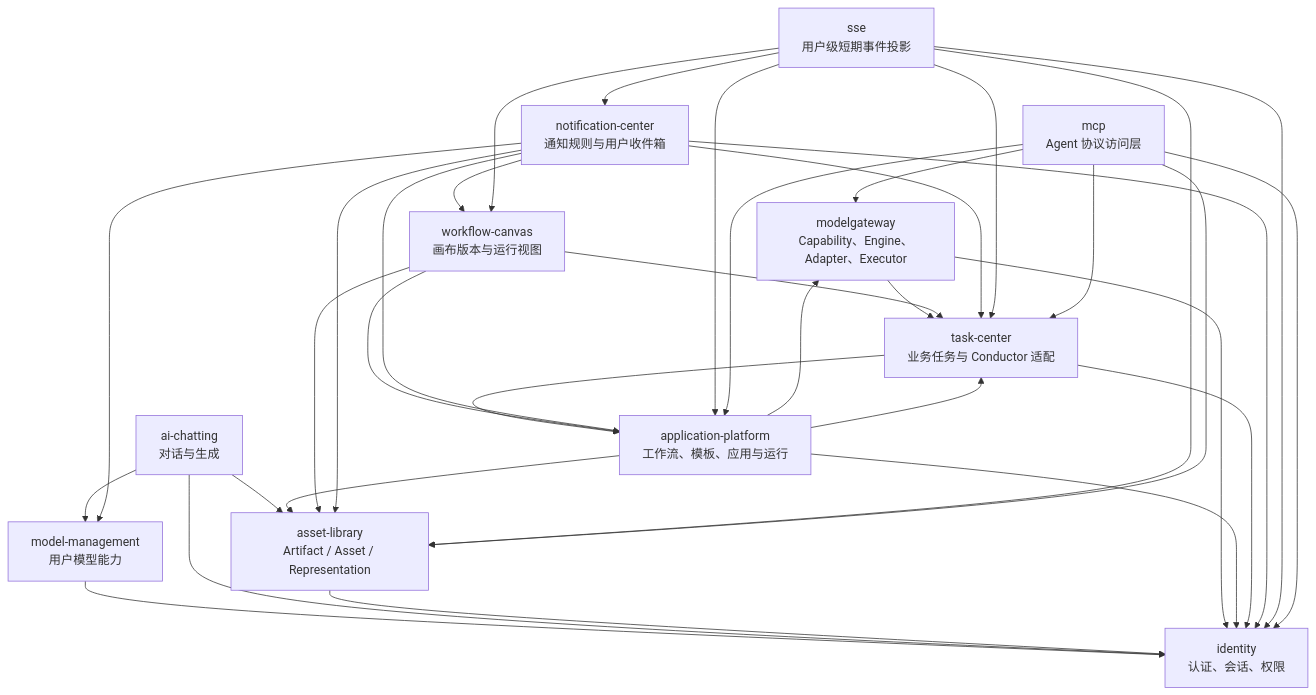
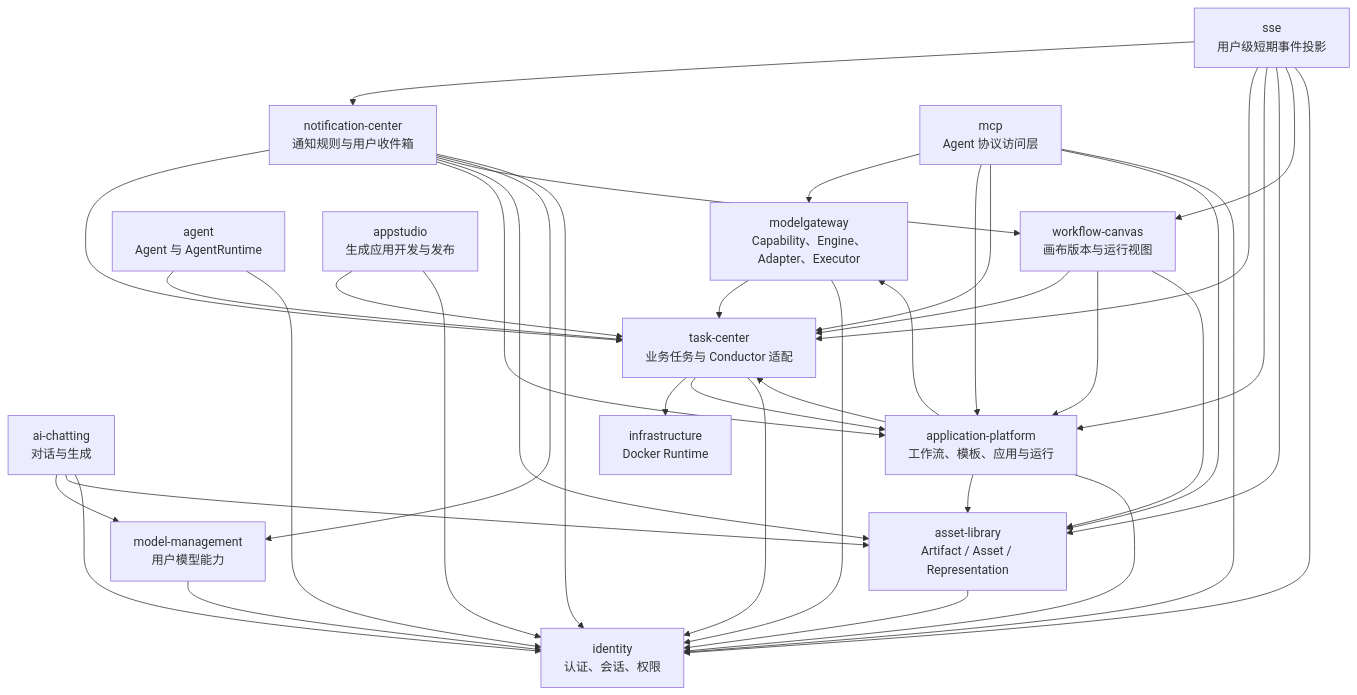
The first of 5 diagrams in 02_architecture/global-architecture.md (wangweihong/omnimam-spec), drawn with Mermaid before and after one commit. The commit also changed other lines of this file and 36 other files, not shown here.

Commit message:
spec: add agent appstudio infrastructure contracts

````diff
--- a/02_architecture/global-architecture.md
+++ b/02_architecture/global-architecture.md
@@ -29,49 +32,57 @@
 ```mermaid
 graph TD
   Identity["identity<br/>认证、会话、权限"]
   Model["model-management<br/>用户模型能力"]
   Chat["ai-chatting<br/>对话与生成"]
   Asset["asset-library<br/>Artifact / Asset / Representation"]
   Gateway["modelgateway<br/>Capability、Engine、Adapter、Executor"]
   App["application-platform<br/>工作流、模板、应用与运行"]
   Task["task-center<br/>业务任务与 Conductor 适配"]
+  Agent["agent<br/>Agent 与 AgentRuntime"]
+  Studio["appstudio<br/>生成应用开发与发布"]
+  Infra["infrastructure<br/>Docker Runtime"]
   Canvas["workflow-canvas<br/>画布版本与运行视图"]
   Notify["notification-center<br/>通知规则与用户收件箱"]
   SSE["sse<br/>用户级短期事件投影"]
   MCP["mcp<br/>Agent 协议访问层"]
 
   Chat --> Model
   Chat --> Asset
   App --> Gateway
   App --> Task
+  Agent --> Task
+  Studio --> Task
+  Task --> Infra
   App --> Asset
   Gateway --> Task
   Task --> App
   Canvas --> Task
   Canvas --> App
   Canvas --> Asset
   Notify --> Task
   Notify --> App
   Notify --> Asset
   Notify --> Canvas
   Notify --> Model
   SSE --> Notify
   SSE --> Task
   SSE --> App
   SSE --> Asset
   SSE --> Canvas
   MCP --> Gateway
   MCP --> App
   MCP --> Task
   MCP --> Asset
 
   Model --> Identity
   Chat --> Identity
   Asset --> Identity
   Gateway --> Identity
   App --> Identity
   Task --> Identity
   Notify --> Identity
   SSE --> Identity
   MCP --> Identity
+  Agent --> Identity
+  Studio --> Identity
 ```
````
